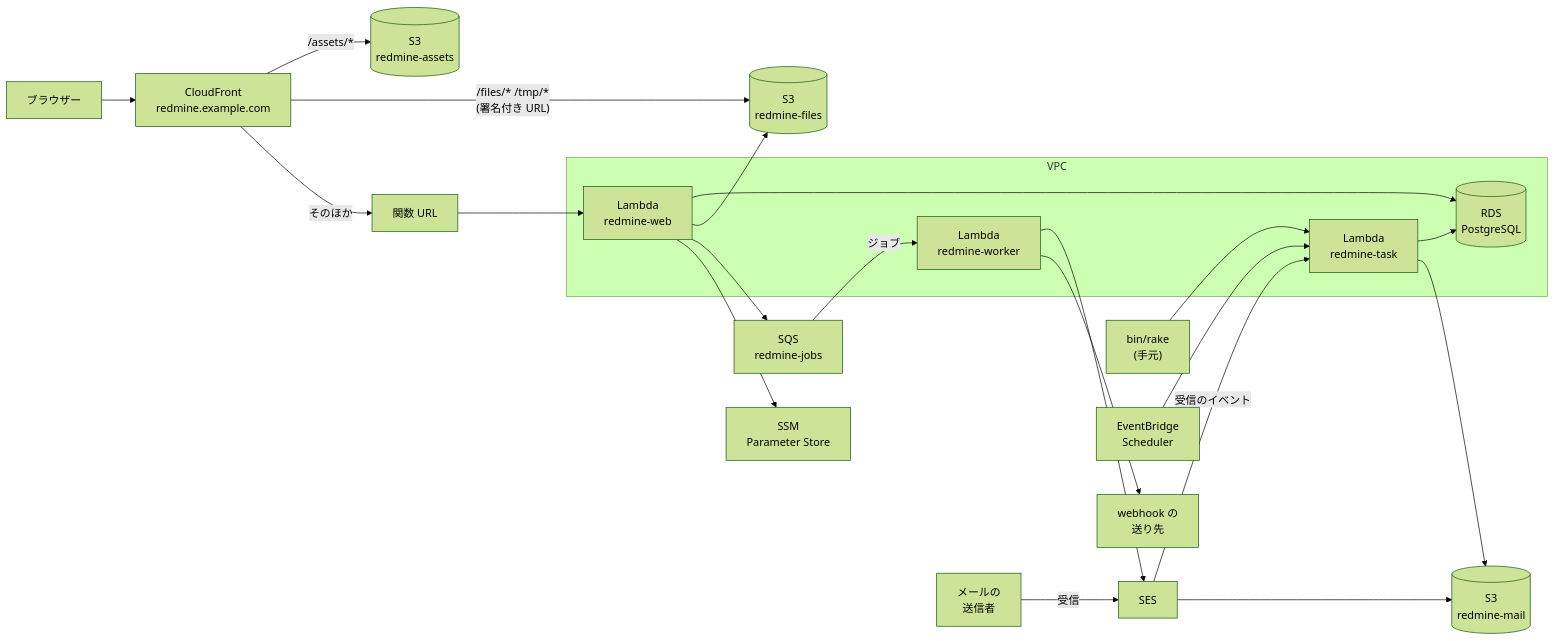
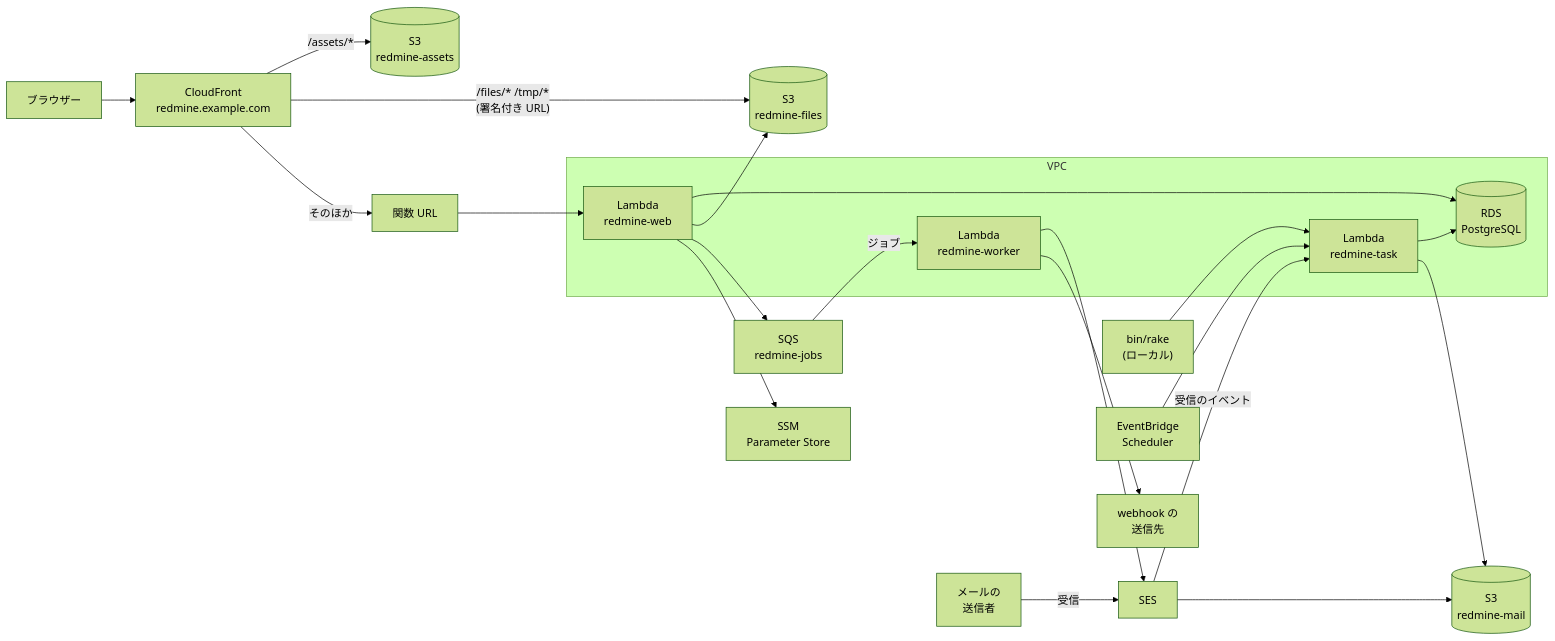
Before and after one commit to redmine-kit/serverless: the diagram in docs/ja/architecture.md, drawn with Mermaid (forest theme). The commit also changed other lines of this file and 19 other files, not shown here.

````diff
--- a/docs/ja/architecture.md
+++ b/docs/ja/architecture.md
@@ -21,41 +21,41 @@
 ```mermaid
 flowchart LR
   user["ブラウザー"]
   sender["メールの<br>送信者"]
   cf["CloudFront<br>redmine.example.com"]
   url["関数 URL"]
   assets[("S3<br>redmine-assets")]
   subgraph vpc["VPC"]
     app["Lambda<br>redmine-web"]
     worker["Lambda<br>redmine-worker"]
     task["Lambda<br>redmine-task"]
     rds[("RDS<br>PostgreSQL")]
   end
   sqs["SQS<br>redmine-jobs"]
   files[("S3<br>redmine-files")]
   mail[("S3<br>redmine-mail")]
   ses["SES"]
   ssm["SSM<br>Parameter Store"]
-  ext["webhook の<br>送り先"]
-  cli["bin/rake<br>(手元)"]
+  ext["webhook の<br>送信先"]
+  cli["bin/rake<br>(ローカル)"]
   sch["EventBridge<br>Scheduler"]
 
   user --> cf
   cf -- "/assets/*" --> assets
   cf -- "/files/* /tmp/*<br>(署名付き URL)" --> files
   cf -- "そのほか" --> url --> app
   app --> rds
   app --> files
   app --> sqs
   app --> ssm
   sqs -- "ジョブ" --> worker
   worker --> ses
   worker --> ext
   sender -- "受信" --> ses
   ses --> mail
   ses -- "受信のイベント" --> task
   cli --> task
   sch --> task
   task --> rds
   task --> mail
 ```
````
